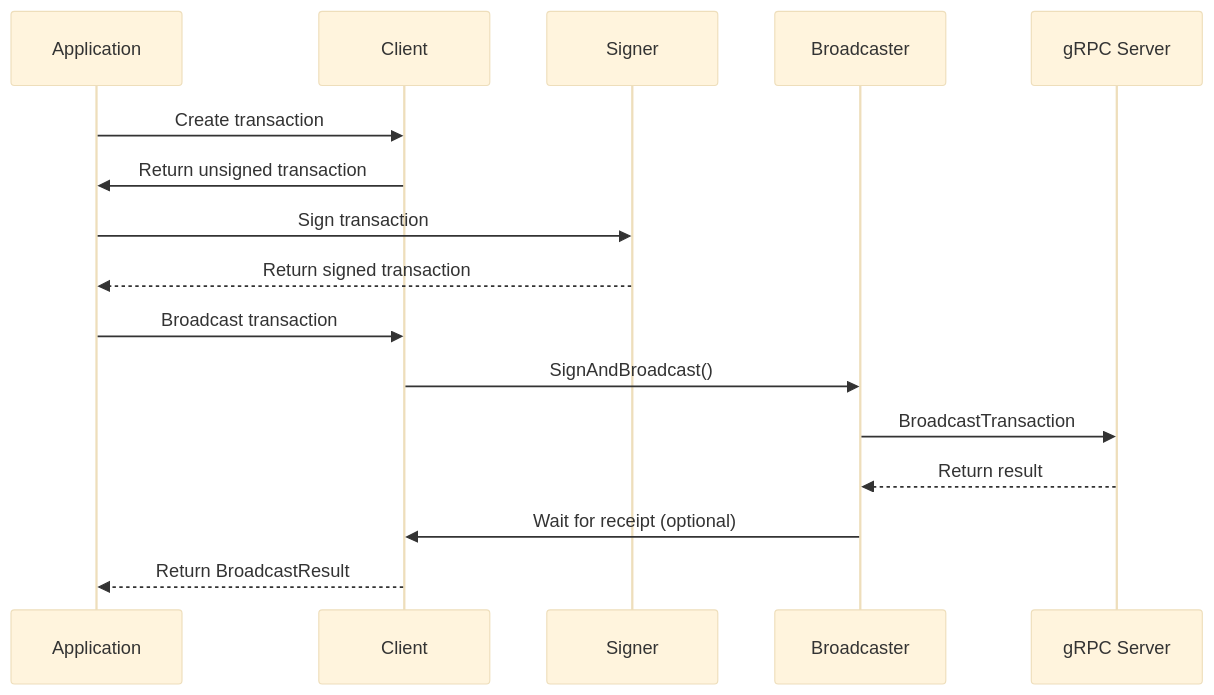
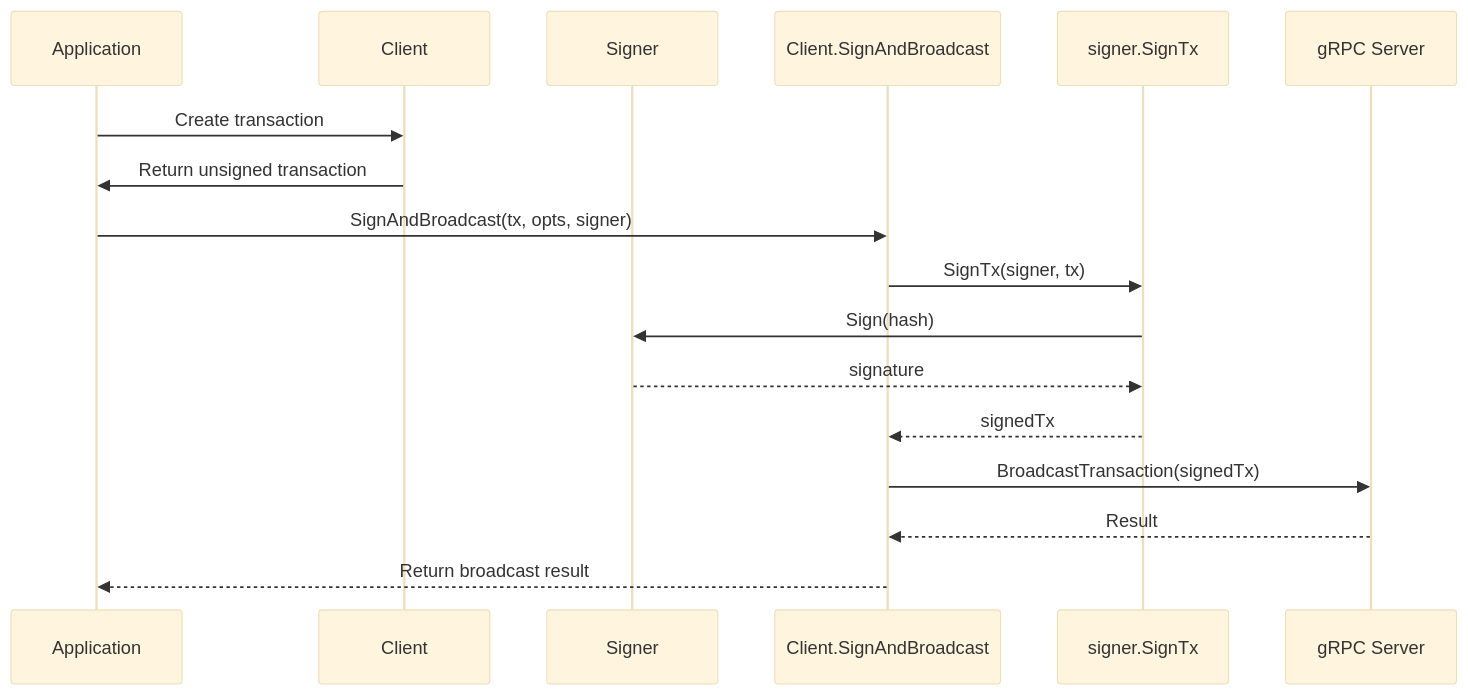
One commit to kslamph/tronlib changed the sixth of 7 diagrams in docs/architecture.md. Above: the diagram before and after it, drawn with Mermaid (base theme). The commit also changed other lines of this file and 7 other files, not shown here.

First line of the commit message:
feat(signer): refactor signer interface and add SignTx/SignMessageV2 utilities

````diff
--- a/docs/architecture.md
+++ b/docs/architecture.md
@@ -541,19 +551,20 @@
 ```mermaid
 sequenceDiagram
     participant App as Application
     participant Client as Client
     participant Signer as Signer
-    participant Broadcaster as Broadcaster
+    participant Broadcaster as Client.SignAndBroadcast
+    participant SignTx as signer.SignTx
     participant GRPC as gRPC Server
     
     App->>Client: Create transaction
     Client->>App: Return unsigned transaction
-    App->>Signer: Sign transaction
-    Signer-->>App: Return signed transaction
-    App->>Client: Broadcast transaction
-    Client->>Broadcaster: SignAndBroadcast()
-    Broadcaster->>GRPC: BroadcastTransaction
-    GRPC-->>Broadcaster: Return result
-    Broadcaster->>Client: Wait for receipt (optional)
-    Client-->>App: Return BroadcastResult
+    App->>Broadcaster: SignAndBroadcast(tx, opts, signer)
+    Broadcaster->>SignTx: SignTx(signer, tx)
+    SignTx->>Signer: Sign(hash)
+    Signer-->>SignTx: signature
+    SignTx-->>Broadcaster: signedTx
+    Broadcaster->>GRPC: BroadcastTransaction(signedTx)
+    GRPC-->>Broadcaster: Result
+    Broadcaster-->>App: Return broadcast result
 ```
````
